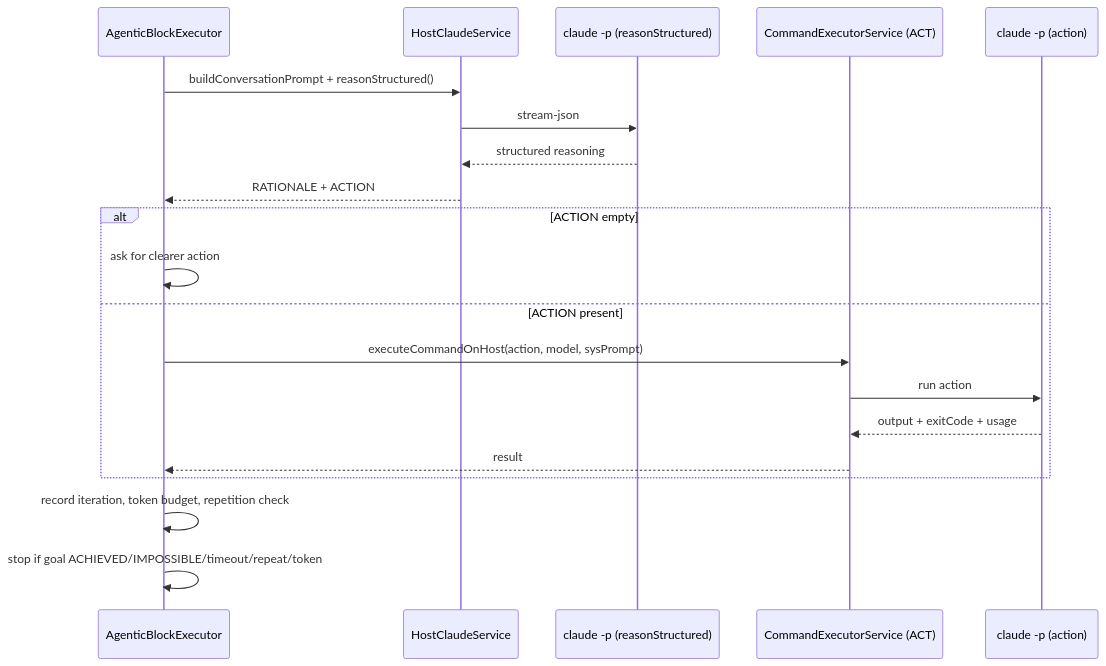
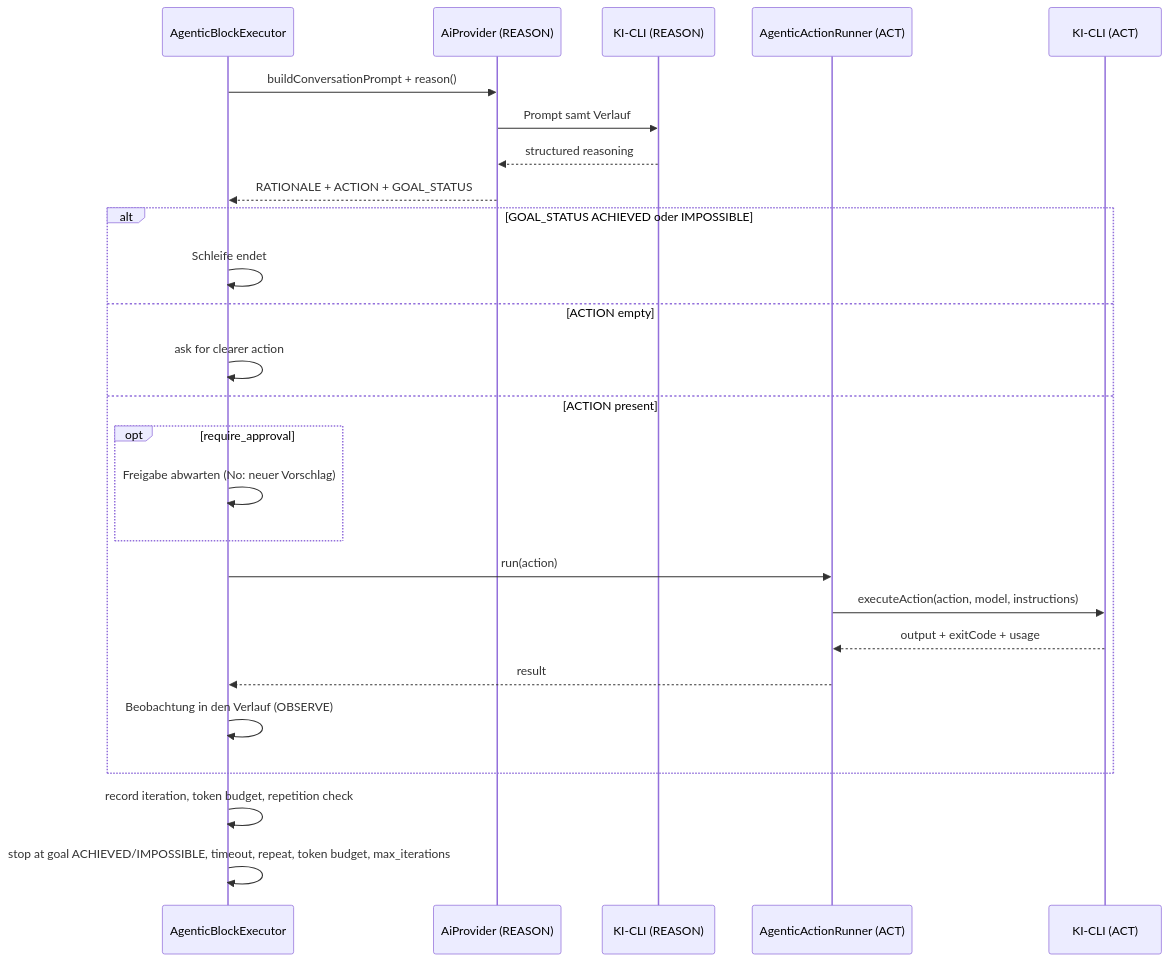
Before and after one commit to FLSEST/MySuricates: the fourth of 5 diagrams in docs/workflow-engine-diagrams.md, drawn with Mermaid. The commit also changed other lines of this file and 4 other files, not shown here.

First line of the commit message:
docs(diagramme): Engine page shows provider routing, host execution and the current block matrix

````diff
--- a/docs/workflow-engine-diagrams.md
+++ b/docs/workflow-engine-diagrams.md
@@ -108,23 +113,29 @@
 ```mermaid
 sequenceDiagram
     participant AG as AgenticBlockExecutor
-    participant HC as HostClaudeService
-    participant CLI as claude -p (reasonStructured)
-    participant CES as CommandExecutorService (ACT)
-    participant CLI2 as claude -p (action)
+    participant HC as AiProvider (REASON)
+    participant CLI as KI-CLI (REASON)
+    participant CES as AgenticActionRunner (ACT)
+    participant CLI2 as KI-CLI (ACT)
 
-    AG->>HC: buildConversationPrompt + reasonStructured()
-    HC->>CLI: stream-json
+    AG->>HC: buildConversationPrompt + reason()
+    HC->>CLI: Prompt samt Verlauf
     CLI-->>HC: structured reasoning
-    HC-->>AG: RATIONALE + ACTION
-    alt ACTION empty
+    HC-->>AG: RATIONALE + ACTION + GOAL_STATUS
+    alt GOAL_STATUS ACHIEVED oder IMPOSSIBLE
+        AG->>AG: Schleife endet
+    else ACTION empty
         AG->>AG: ask for clearer action
     else ACTION present
-        AG->>CES: executeCommandOnHost(action, model, sysPrompt)
-        CES->>CLI2: run action
+        opt require_approval
+            AG->>AG: Freigabe abwarten (No: neuer Vorschlag)
+        end
+        AG->>CES: run(action)
+        CES->>CLI2: executeAction(action, model, instructions)
         CLI2-->>CES: output + exitCode + usage
         CES-->>AG: result
+        AG->>AG: Beobachtung in den Verlauf (OBSERVE)
     end
     AG->>AG: record iteration, token budget, repetition check
-    AG->>AG: stop if goal ACHIEVED/IMPOSSIBLE/timeout/repeat/token
+    AG->>AG: stop at goal ACHIEVED/IMPOSSIBLE, timeout, repeat, token budget, max_iterations
 ```
````
